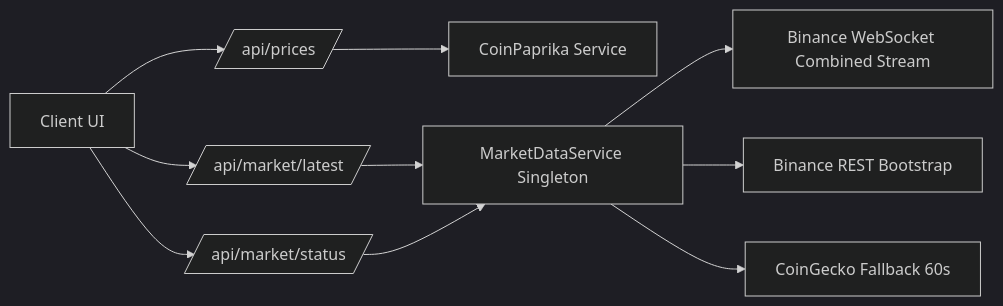
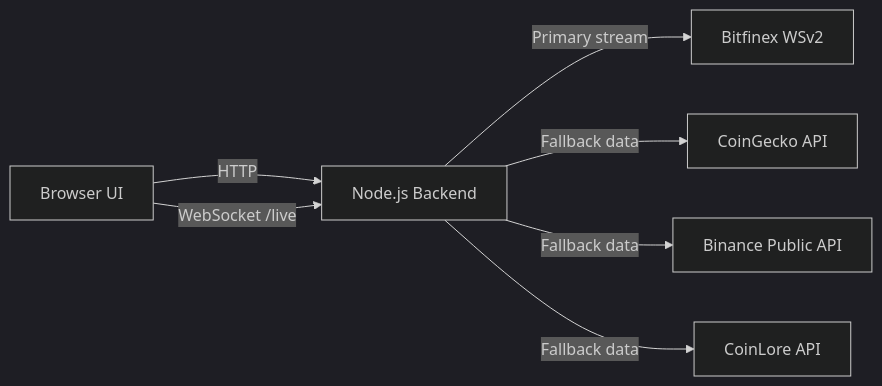
The diagram in README.md (Mohd-azm/Crypto-Live-Price), drawn with Mermaid (dark theme) before and after one commit. The commit also changed other lines of this file and 40 other files, not shown here.

````diff
--- a/README.md
+++ b/README.md
@@ -53,14 +25,9 @@
 ```mermaid
 flowchart LR
-  A[Client UI] --> B[/api/prices/]
-  A --> C[/api/market/latest/]
-  A --> D[/api/market/status/]
-
-  B --> E[CoinPaprika Service]
-  C --> F[MarketDataService Singleton]
-  D --> F
-
-  F --> G[Binance WebSocket Combined Stream]
-  F --> H[Binance REST Bootstrap]
-  F --> I[CoinGecko Fallback 60s]
+  A[Browser UI] -->|HTTP| B[Node.js Backend]
+  A -->|WebSocket /live| B
+  B -->|Primary stream| C[Bitfinex WSv2]
+  B -->|Fallback data| D[CoinGecko API]
+  B -->|Fallback data| E[Binance Public API]
+  B -->|Fallback data| F[CoinLore API]
 ```
````
